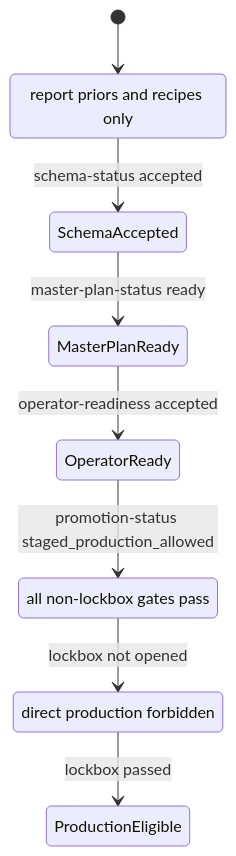
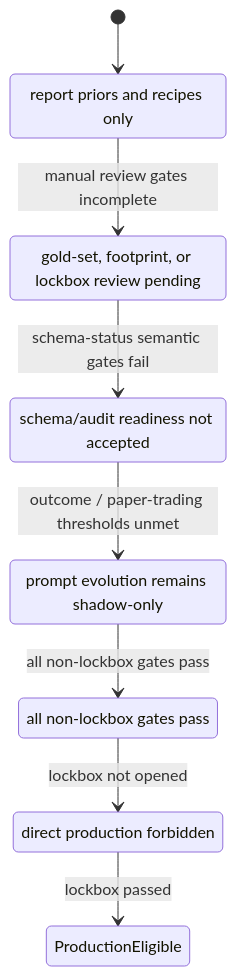
The fourth of 4 diagrams in docs/rke_report_intelligence_architecture.md (haphap/MOSAIC-Combat-Evolved), drawn with Mermaid before and after one commit. The commit also changed other lines of this file, not shown here.

Commit message:
Correct RKE architecture gate status

````diff
--- a/docs/rke_report_intelligence_architecture.md
+++ b/docs/rke_report_intelligence_architecture.md
@@ -232,14 +232,17 @@
 ```mermaid
 stateDiagram-v2
   [*] --> ShadowOnly
-  ShadowOnly --> SchemaAccepted: schema-status accepted
-  SchemaAccepted --> MasterPlanReady: master-plan-status ready
-  MasterPlanReady --> OperatorReady: operator-readiness accepted
-  OperatorReady --> StagedProduction: promotion-status staged_production_allowed
+  ShadowOnly --> ReviewBlocked: manual review gates incomplete
+  ReviewBlocked --> SchemaBlocked: schema-status semantic gates fail
+  SchemaBlocked --> EvolutionBlocked: outcome / paper-trading thresholds unmet
+  EvolutionBlocked --> StagedProduction: all non-lockbox gates pass
   StagedProduction --> ProductionBlocked: lockbox not opened
   ProductionBlocked --> ProductionEligible: lockbox passed
 
   ShadowOnly: report priors and recipes only
+  ReviewBlocked: gold-set, footprint, or lockbox review pending
+  SchemaBlocked: schema/audit readiness not accepted
+  EvolutionBlocked: prompt evolution remains shadow-only
   StagedProduction: all non-lockbox gates pass
   ProductionBlocked: direct production forbidden
 ```
````
